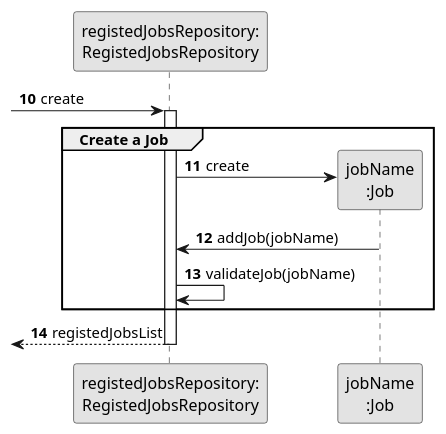
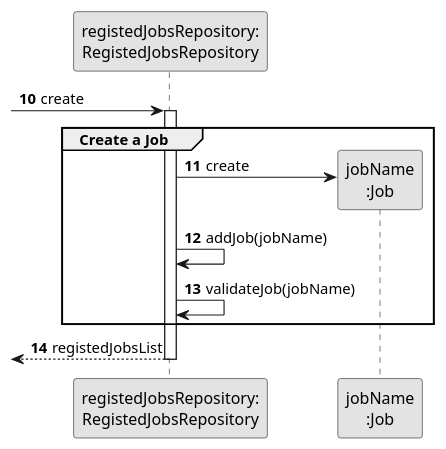
One commit to 1231360-ISEP/lei-24-s2-1db-g021 changed the diagram in docs/sprint2/us002/03.design/puml/us002-sequence-diagram-partial-create-job.puml. Above: the diagram before and after it, drawn with PlantUML. The commit also changed 2 other files, not shown here.

Commit message:
US2 - modify some diagrams

```diff
--- a/docs/sprint2/us002/03.design/puml/us002-sequence-diagram-partial-create-job.puml
+++ b/docs/sprint2/us002/03.design/puml/us002-sequence-diagram-partial-create-job.puml
@@ -1,27 +1,27 @@
 @startuml
 skinparam monochrome true
 skinparam packageStyle rectangle
 skinparam shadowing false
 
 participant "registedJobsRepository:\nRegistedJobsRepository" as RegistedJobsRepository
 participant "jobName\n:Job" as PROFISSAO
 
 autonumber 10
 -> RegistedJobsRepository: create
 activate RegistedJobsRepository
 
     group Create a Job
 
         RegistedJobsRepository -> PROFISSAO**: create
-        PROFISSAO -> RegistedJobsRepository: addJob(jobName)
+        RegistedJobsRepository -> RegistedJobsRepository: addJob(jobName)
 
             RegistedJobsRepository -> RegistedJobsRepository: validateJob(jobName)
 
     end
 
     <-- RegistedJobsRepository : registedJobsList
 
 deactivate RegistedJobsRepository
 
 
 @enduml
```
